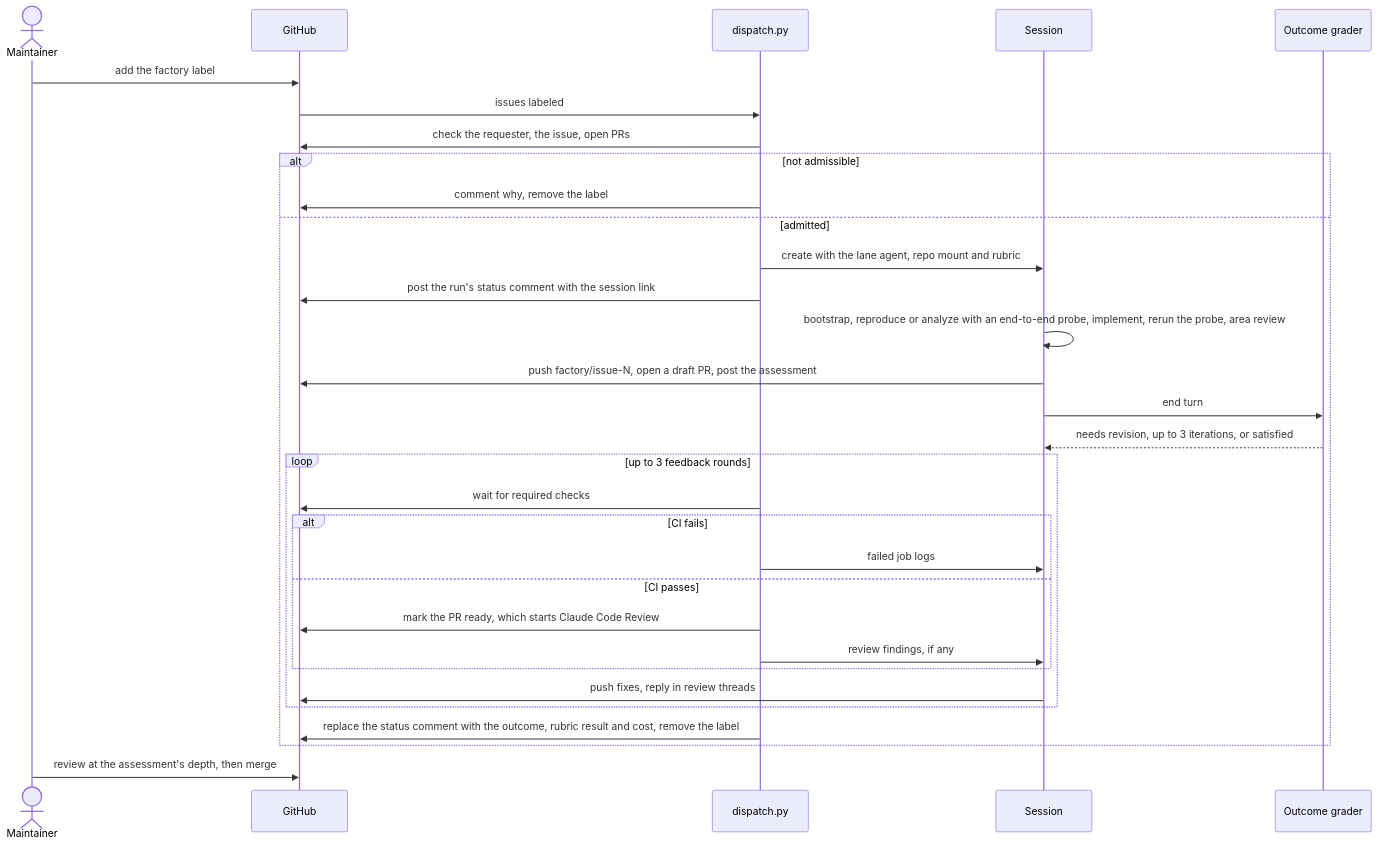
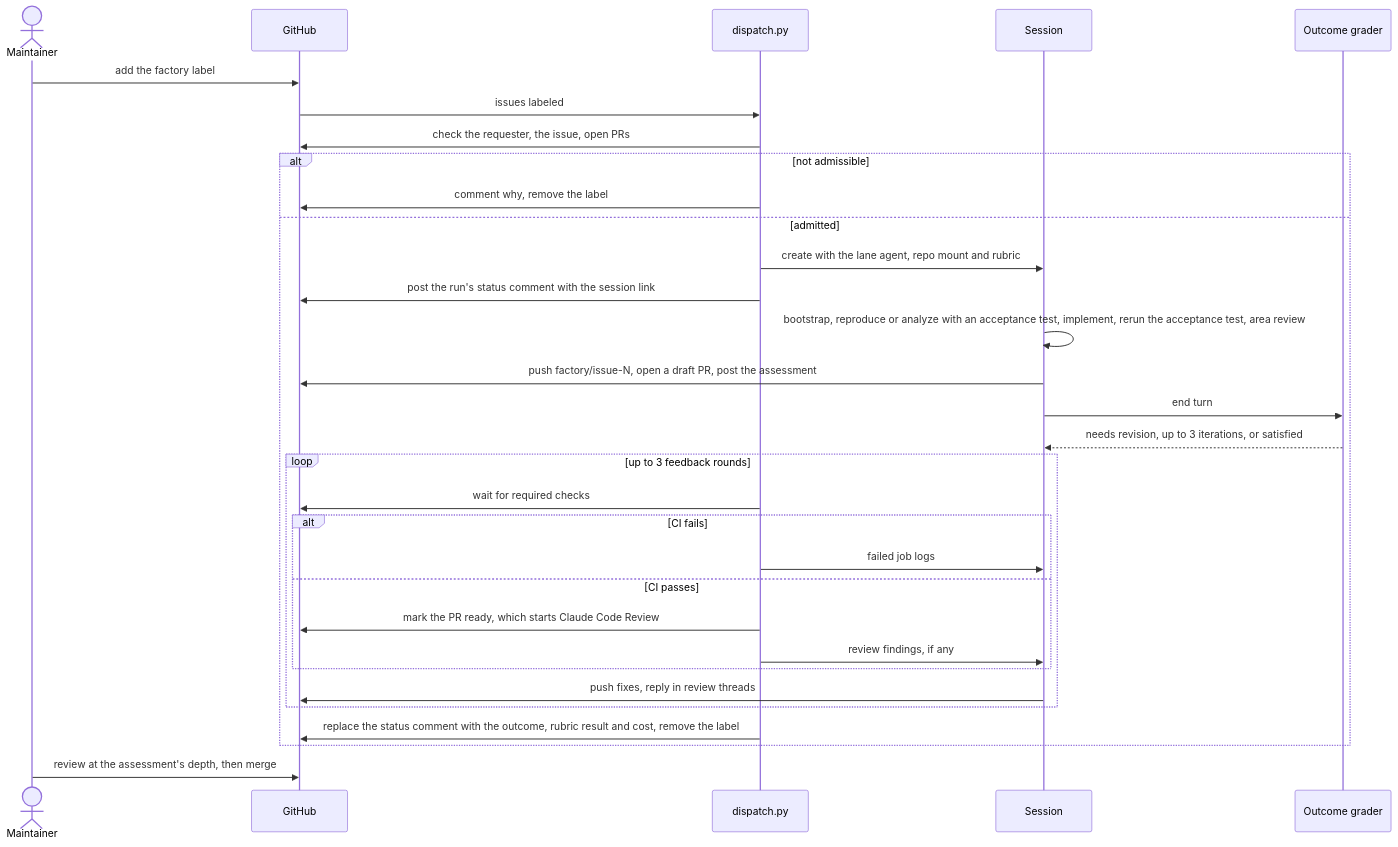
Before and after one commit to Arize-ai/phoenix: the second of 4 diagrams in factory/README.md, drawn with Mermaid. The commit also changed other lines of this file and 7 other files, not shown here.

First line of the commit message:
chore(factory): call the end-to-end run an acceptance test

````diff
--- a/factory/README.md
+++ b/factory/README.md
@@ -60,34 +60,34 @@
 ```mermaid
 sequenceDiagram
   actor maintainer as Maintainer
   participant github as GitHub
   participant dispatch as dispatch.py
   participant session as Session
   participant grader as Outcome grader
 
   maintainer->>github: add the factory label
   github->>dispatch: issues labeled
   dispatch->>github: check the requester, the issue, open PRs
   alt not admissible
     dispatch->>github: comment why, remove the label
   else admitted
     dispatch->>session: create with the lane agent, repo mount and rubric
     dispatch->>github: post the run's status comment with the session link
-    session->>session: bootstrap, reproduce or analyze with an end-to-end probe, implement, rerun the probe, area review
+    session->>session: bootstrap, reproduce or analyze with an acceptance test, implement, rerun the acceptance test, area review
     session->>github: push factory/issue-N, open a draft PR, post the assessment
     session->>grader: end turn
     grader-->>session: needs revision, up to 3 iterations, or satisfied
     loop up to 3 feedback rounds
       dispatch->>github: wait for required checks
       alt CI fails
         dispatch->>session: failed job logs
       else CI passes
         dispatch->>github: mark the PR ready, which starts Claude Code Review
         dispatch->>session: review findings, if any
       end
       session->>github: push fixes, reply in review threads
     end
     dispatch->>github: replace the status comment with the outcome, rubric result and cost, remove the label
   end
   maintainer->>github: review at the assessment's depth, then merge
 ```
````
